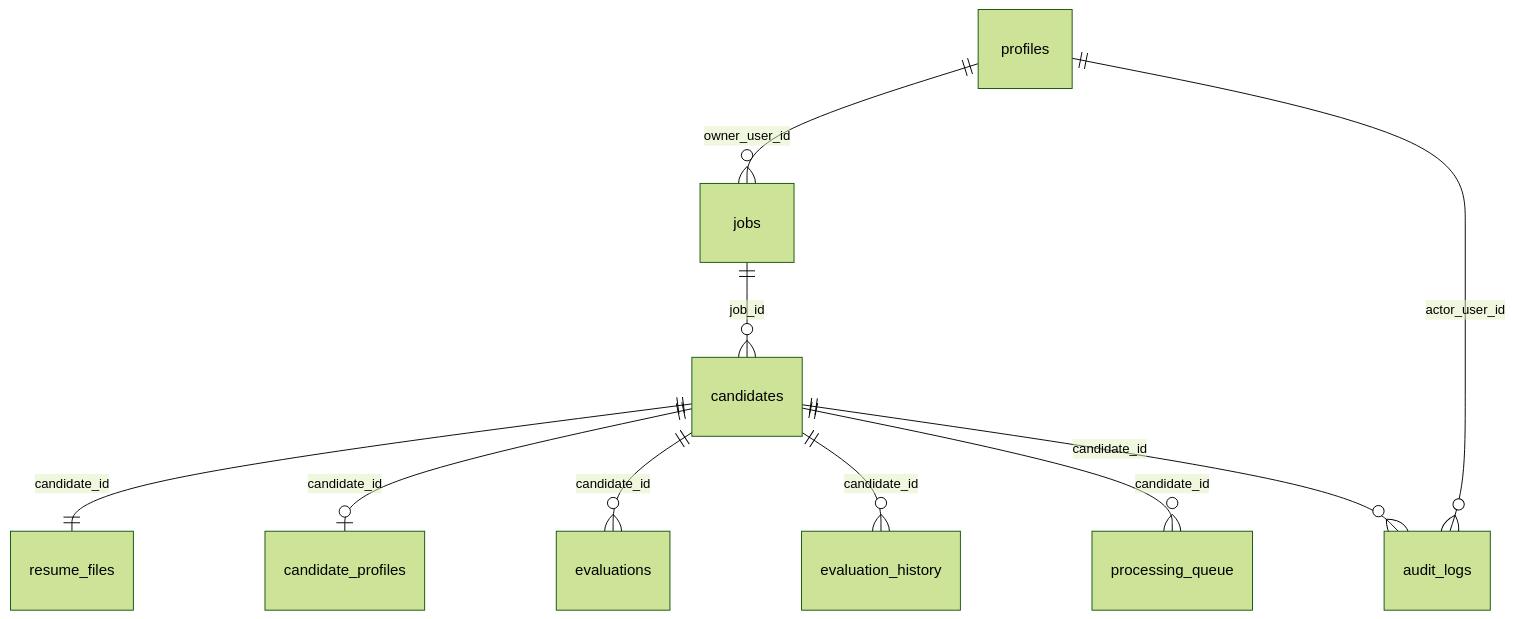
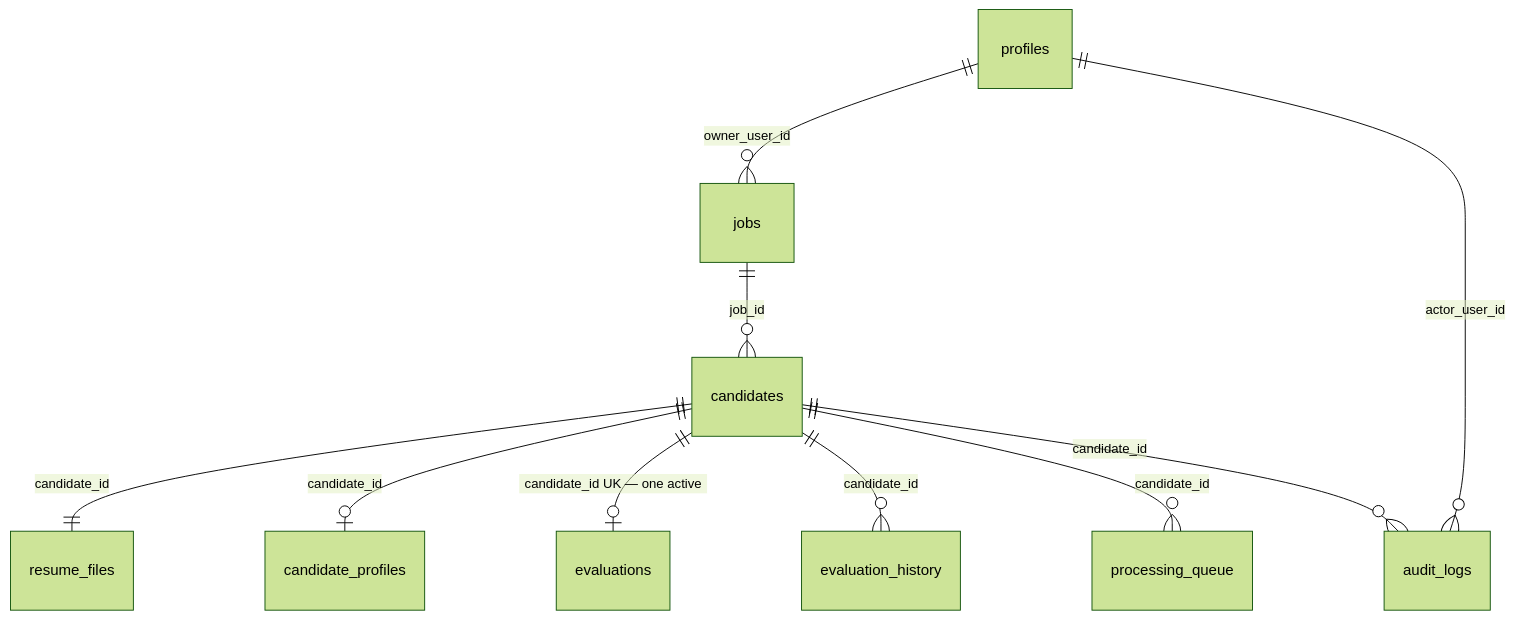
The fourth of 8 diagrams in docs/02-design/05-Database-Design-Document.md (VishnuVardhan-CH-2022/resume-rank-ai-dev), drawn with Mermaid (forest theme) before and after one commit. The commit also changed other lines of this file and 3 other files, not shown here.

````diff
--- a/docs/02-design/05-Database-Design-Document.md
+++ b/docs/02-design/05-Database-Design-Document.md
@@ -400,12 +412,12 @@
 ```mermaid
 erDiagram
   profiles ||--o{ jobs : owner_user_id
   jobs ||--o{ candidates : job_id
   candidates ||--|| resume_files : candidate_id
   candidates ||--o| candidate_profiles : candidate_id
-  candidates ||--o{ evaluations : candidate_id
+  candidates ||--o| evaluations : "candidate_id UK — one active"
   candidates ||--o{ evaluation_history : candidate_id
   candidates ||--o{ processing_queue : candidate_id
   candidates ||--o{ audit_logs : candidate_id
   profiles ||--o{ audit_logs : actor_user_id
 ```
````
